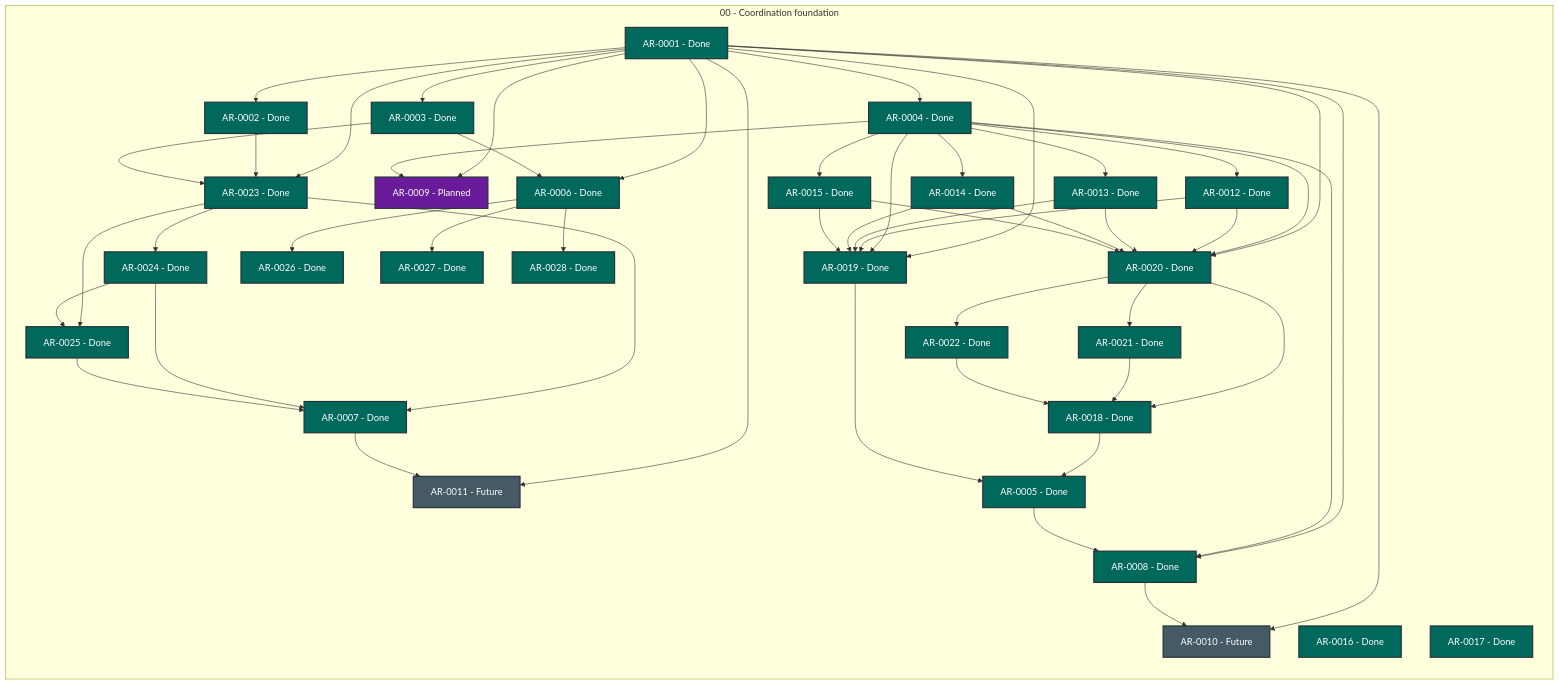
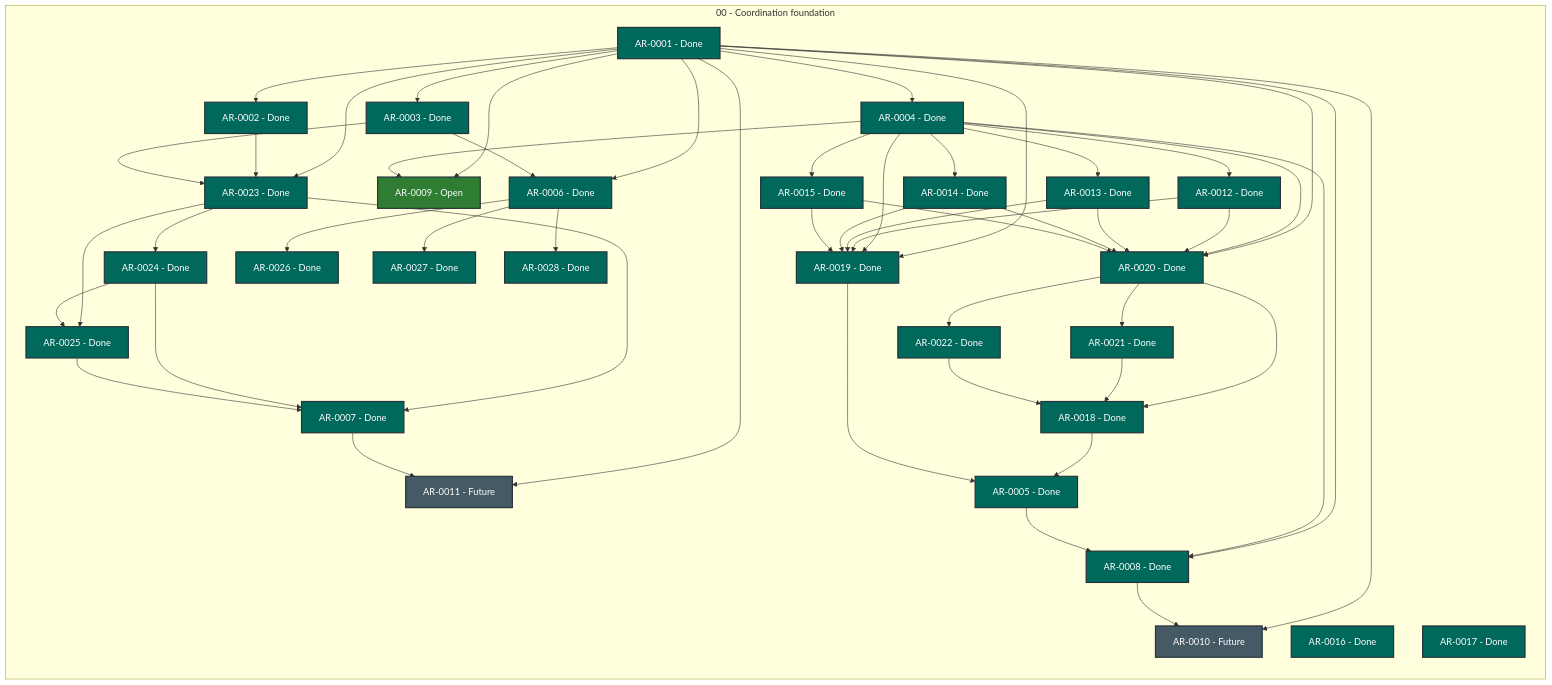
One commit to martin-beck/agent-workflow-quality-state changed the diagram in STATUS.md. Above: the diagram before and after it, drawn with Mermaid. The commit also changed other lines of this file and 2 other files, not shown here.

```diff
--- a/STATUS.md
+++ b/STATUS.md
@@ -36,7 +36,7 @@
         AR_0006["AR-0006 - Done"]:::status_done
         AR_0007["AR-0007 - Done"]:::status_done
         AR_0008["AR-0008 - Done"]:::status_done
-        AR_0009["AR-0009 - Planned"]:::status_planned
+        AR_0009["AR-0009 - Open"]:::status_open
         AR_0010["AR-0010 - Future"]:::status_future
         AR_0011["AR-0011 - Future"]:::status_future
         AR_0012["AR-0012 - Done"]:::status_done
```
